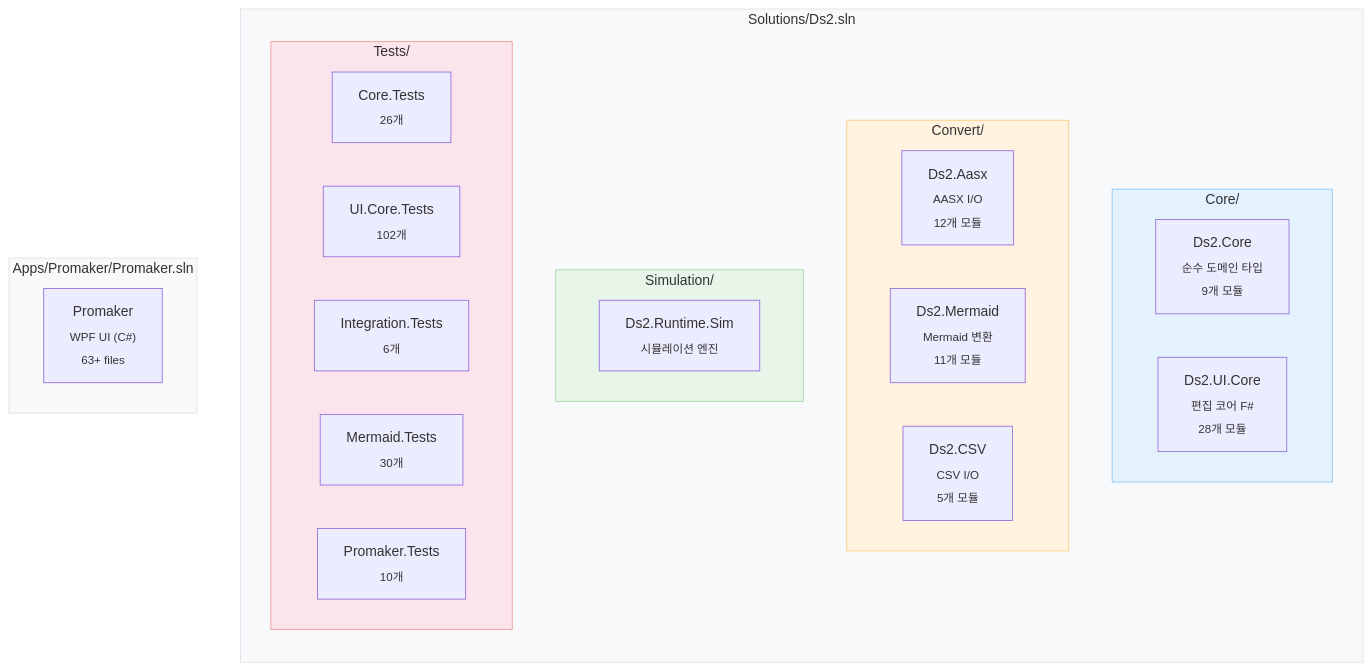
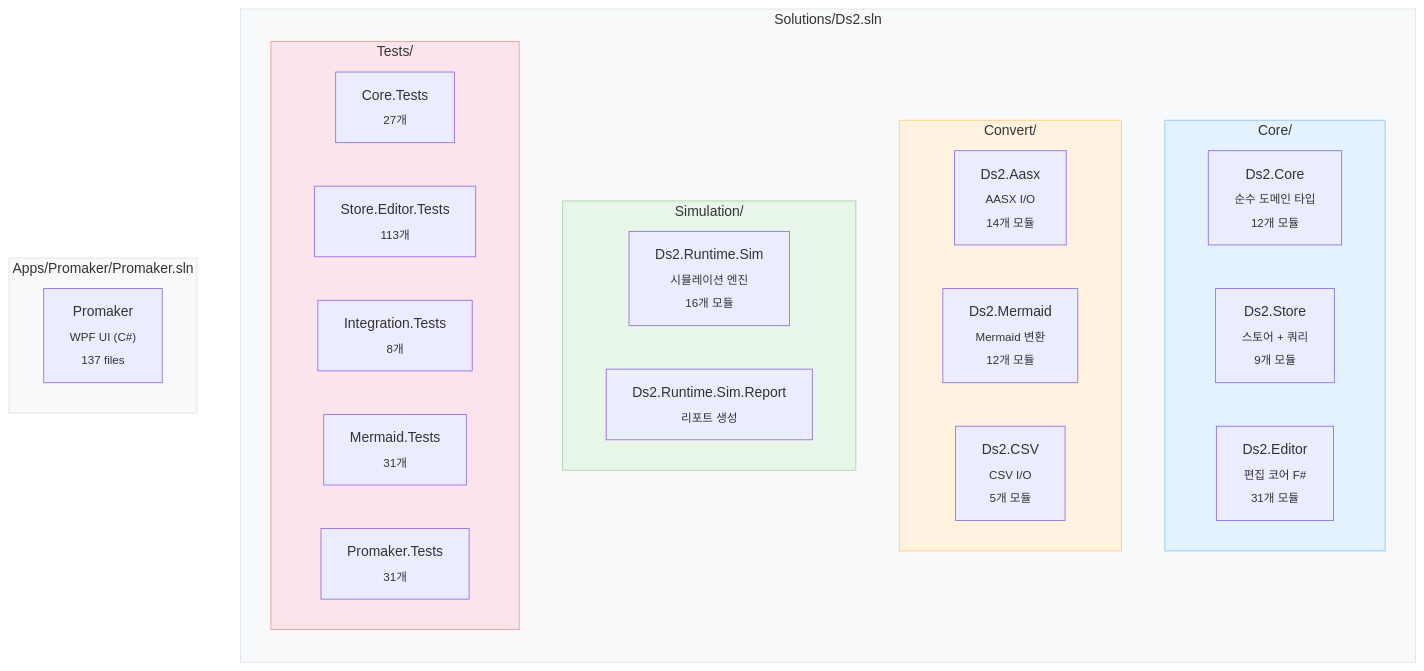
One commit to DualsoftDev/ds2 changed the seventh of 7 diagrams in README.md. Above: the diagram before and after it, drawn with Mermaid. The commit also changed other lines of this file and 5 other files, not shown here.

````diff
--- a/README.md
+++ b/README.md
@@ -212,40 +234,42 @@
 ```mermaid
 graph TD
     subgraph Solutions["Solutions/Ds2.sln"]
         direction TB
 
         subgraph Core["Core/"]
-            DC["Ds2.Core<br/><sub>순수 도메인 타입<br/>9개 모듈</sub>"]
-            DUC["Ds2.UI.Core<br/><sub>편집 코어 F#<br/>28개 모듈</sub>"]
+            DC["Ds2.Core<br/><sub>순수 도메인 타입<br/>12개 모듈</sub>"]
+            DST["Ds2.Store<br/><sub>스토어 + 쿼리<br/>9개 모듈</sub>"]
+            DED["Ds2.Editor<br/><sub>편집 코어 F#<br/>31개 모듈</sub>"]
         end
 
         subgraph Convert["Convert/"]
-            AASX["Ds2.Aasx<br/><sub>AASX I/O<br/>12개 모듈</sub>"]
-            MER["Ds2.Mermaid<br/><sub>Mermaid 변환<br/>11개 모듈</sub>"]
+            AASX["Ds2.Aasx<br/><sub>AASX I/O<br/>14개 모듈</sub>"]
+            MER["Ds2.Mermaid<br/><sub>Mermaid 변환<br/>12개 모듈</sub>"]
             CSV["Ds2.CSV<br/><sub>CSV I/O<br/>5개 모듈</sub>"]
         end
 
         subgraph Sim["Simulation/"]
-            SIM["Ds2.Runtime.Sim<br/><sub>시뮬레이션 엔진</sub>"]
+            SIM["Ds2.Runtime.Sim<br/><sub>시뮬레이션 엔진<br/>16개 모듈</sub>"]
+            RPT["Ds2.Runtime.Sim.Report<br/><sub>리포트 생성</sub>"]
         end
 
         subgraph Tests["Tests/"]
-            T1["Core.Tests<br/><sub>26개</sub>"]
-            T2["UI.Core.Tests<br/><sub>102개</sub>"]
-            T3["Integration.Tests<br/><sub>6개</sub>"]
-            T4["Mermaid.Tests<br/><sub>30개</sub>"]
-            T5["Promaker.Tests<br/><sub>10개</sub>"]
+            T1["Core.Tests<br/><sub>27개</sub>"]
+            T2["Store.Editor.Tests<br/><sub>113개</sub>"]
+            T3["Integration.Tests<br/><sub>8개</sub>"]
+            T4["Mermaid.Tests<br/><sub>31개</sub>"]
+            T5["Promaker.Tests<br/><sub>31개</sub>"]
         end
     end
 
     subgraph Apps["Apps/Promaker/Promaker.sln"]
-        PM["Promaker<br/><sub>WPF UI (C#)<br/>63+ files</sub>"]
+        PM["Promaker<br/><sub>WPF UI (C#)<br/>137 files</sub>"]
     end
 
     style Solutions fill:#f8f9fa,stroke:#dee2e6
     style Apps fill:#f8f9fa,stroke:#dee2e6
     style Core fill:#e3f2fd,stroke:#90caf9
     style Convert fill:#fff3e0,stroke:#ffcc80
     style Sim fill:#e8f5e9,stroke:#a5d6a7
     style Tests fill:#fce4ec,stroke:#ef9a9a
 ```
````
